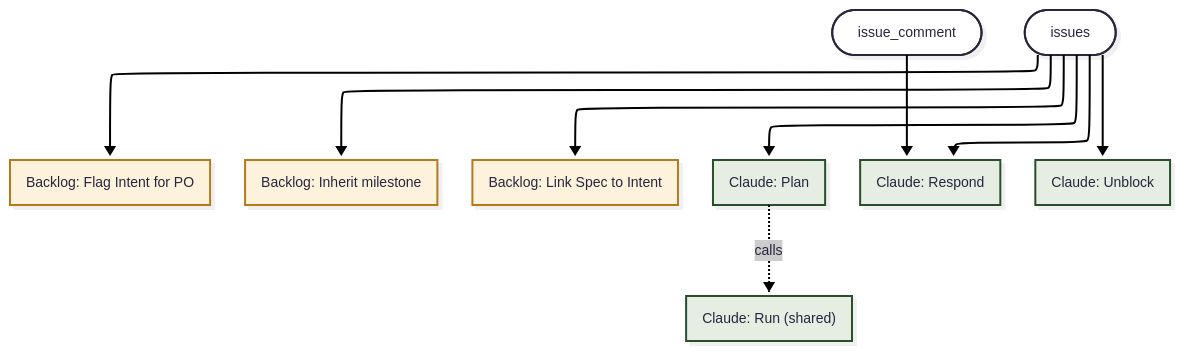
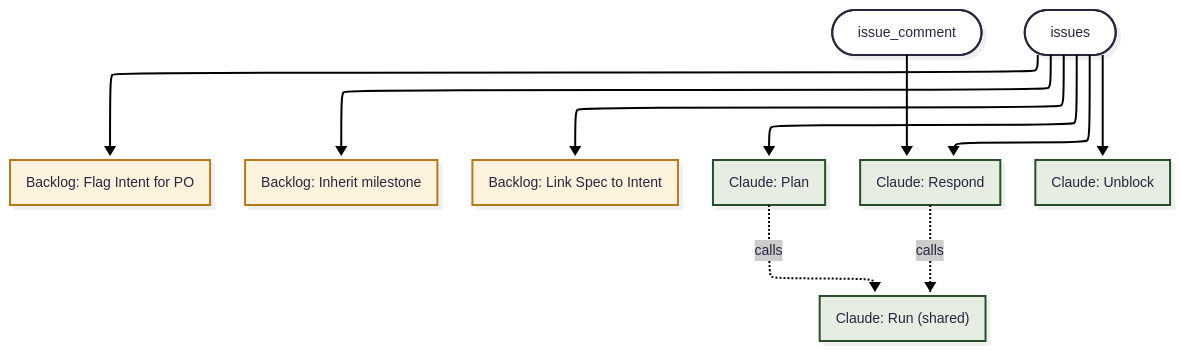
One commit to henetiriki/kinscape changed the second of 3 diagrams in .github/workflows/README.md. Above: the diagram before and after it, drawn with Mermaid. The commit also changed other lines of this file and 12 other files, not shown here.

First line of the commit message:
C.657: Run Respond through the shared workflow (#669)

````diff
--- a/.github/workflows/README.md
+++ b/.github/workflows/README.md
@@ -94,30 +95,31 @@
 ```mermaid
 ---
 config:
   theme: redux-color
   look: neo
   layout: elk
 ---
 flowchart TB
   on_issue_comment([issue_comment])
   on_issues([issues])
   backlog_intent_ready["Backlog: Flag Intent for PO"]
   backlog_milestone["Backlog: Inherit milestone"]
   backlog_spec_link["Backlog: Link Spec to Intent"]
   claude_plan["Claude: Plan"]
   claude_respond["Claude: Respond"]
   claude_unblock["Claude: Unblock"]
   claude_run["Claude: Run (shared)"]
   on_issue_comment --> claude_respond
   on_issues --> backlog_intent_ready
   on_issues --> backlog_milestone
   on_issues --> backlog_spec_link
   on_issues --> claude_plan
   on_issues --> claude_respond
   on_issues --> claude_unblock
   claude_plan -.->|calls| claude_run
+  claude_respond -.->|calls| claude_run
   classDef backlog fill:#fdf3dd,stroke:#b7791f
   classDef claude fill:#e6eee4,stroke:#264f29
   class backlog_intent_ready,backlog_milestone,backlog_spec_link backlog
   class claude_plan,claude_respond,claude_unblock,claude_run claude
 ```
````
